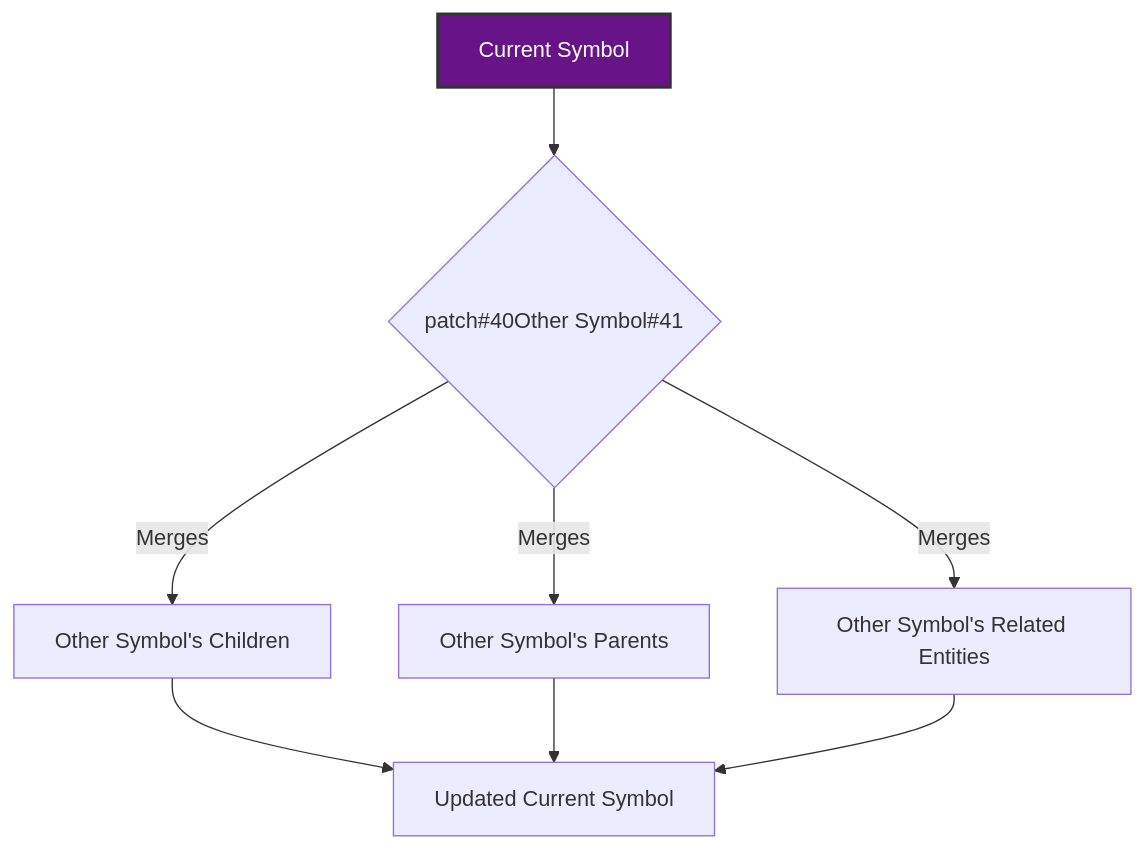
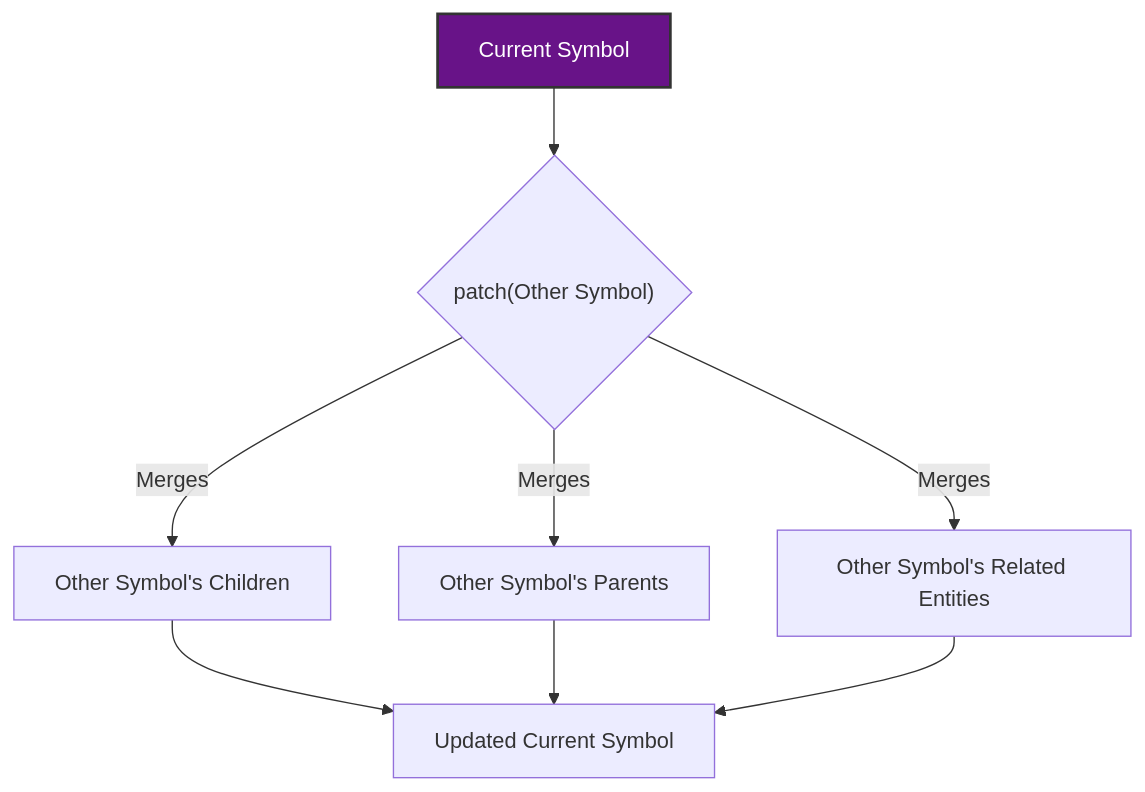
One commit to ikko/sym changed the fifth of 13 diagrams in docs/readme_details/8_api_highlights/index.md. Above: the diagram before and after it, drawn with Mermaid. The commit also changed other lines of this file and 17 other files, not shown here.

````diff
--- a/docs/readme_details/8_api_highlights/index.md
+++ b/docs/readme_details/8_api_highlights/index.md
@@ -204,14 +204,14 @@
 ```mermaid
 graph TD
-    A[Current Symbol] --> B{patch#40Other Symbol#41};
+    A[Current Symbol] --> B{patch#40;Other Symbol#41;};
     B -- "Merges" --> C[Other Symbol's Children];
     B -- "Merges" --> D[Other Symbol's Parents];
     B -- "Merges" --> E[Other Symbol's Related Entities];
     C --> F[Updated Current Symbol];
     D --> F;
     E --> F;
 
     style A fill:#681388,stroke:#333,stroke-width:2px,color:#FFFFFF;
 
     style A fill:#681388,stroke:#333,stroke-width:2px,color:#FFFFFF;
 ```
````
